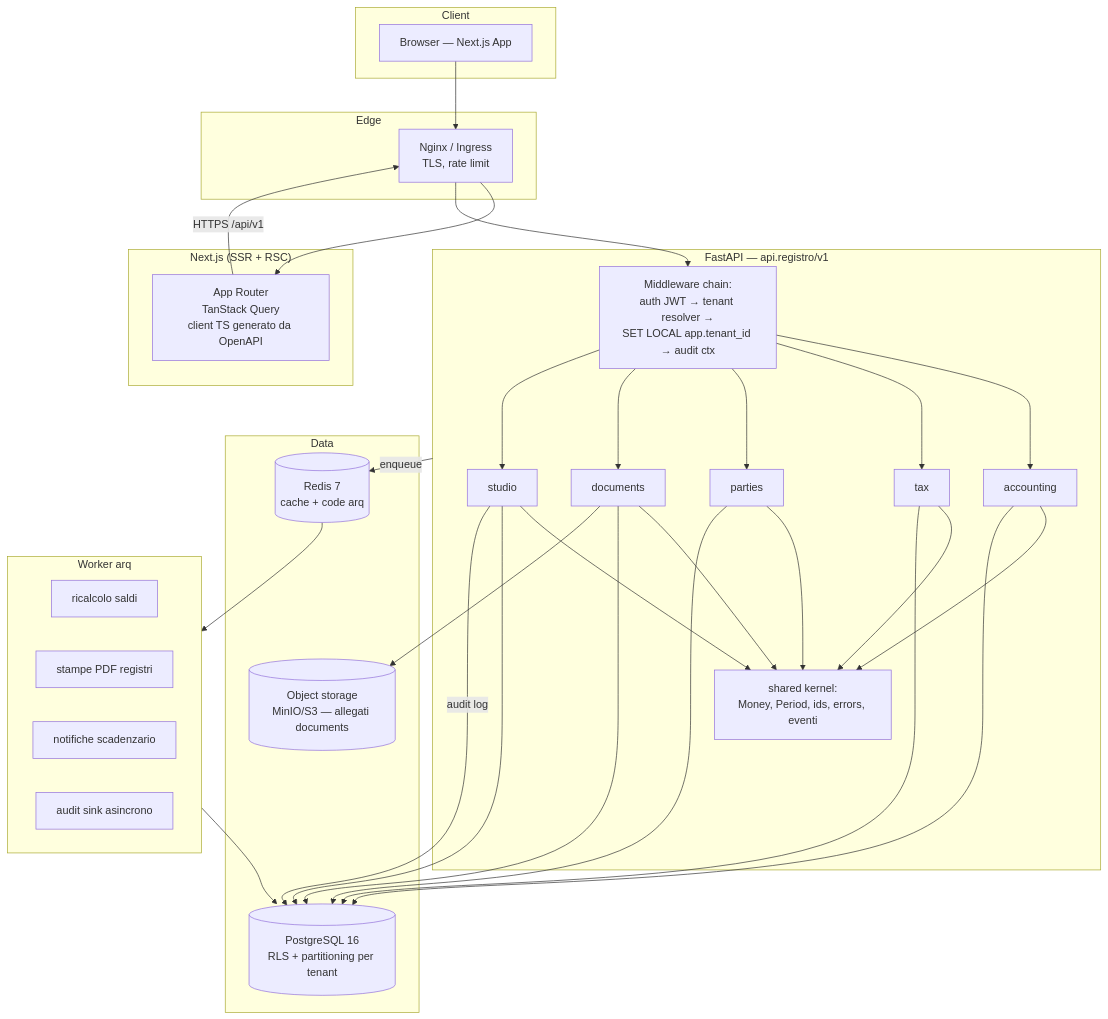
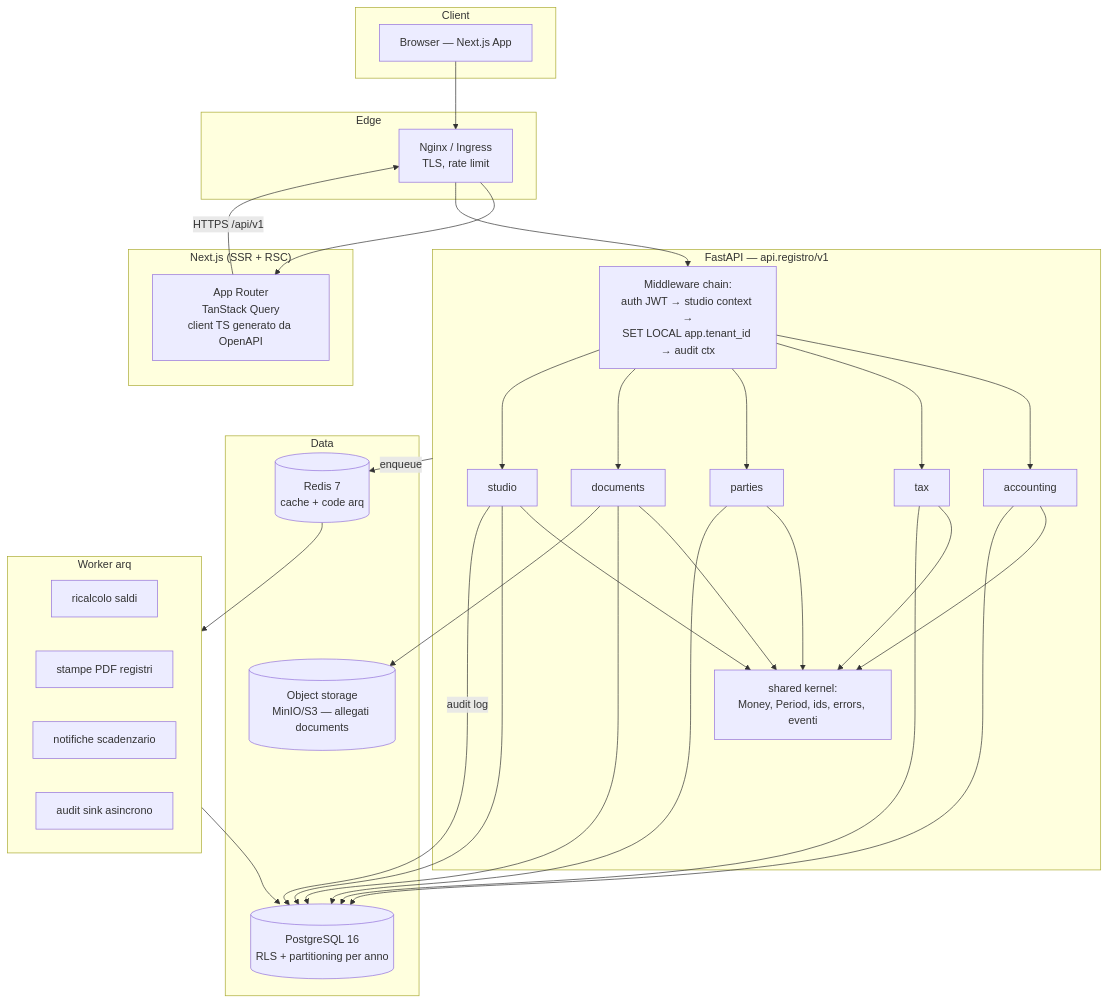
One commit to aledesogusbusiness-hue/OpenPassCom changed the diagram in docs/architecture.md. Above: the diagram before and after it, drawn with Mermaid. The commit also changed other lines of this file and 41 other files, not shown here.

First line of the commit message:
Phase 1: FastAPI foundations — auth JWT monostudio, ClientEntity, FiscalYear, AccountPlan, AuditLog

````diff
--- a/docs/architecture.md
+++ b/docs/architecture.md
@@ -50,48 +50,48 @@
 ```mermaid
 flowchart TB
     subgraph Client
         B[Browser — Next.js App]
     end
 
     subgraph Edge
         NG[Nginx / Ingress\nTLS, rate limit]
     end
 
     subgraph Frontend["Next.js (SSR + RSC)"]
         FE[App Router\nTanStack Query\nclient TS generato da OpenAPI]
     end
 
     subgraph API["FastAPI — api.registro/v1"]
-        MW[Middleware chain:\nauth JWT → tenant resolver →\nSET LOCAL app.tenant_id → audit ctx]
+        MW[Middleware chain:\nauth JWT → studio context →\nSET LOCAL app.tenant_id → audit ctx]
         ACC[accounting]
         TAX[tax]
         PAR[parties]
         DOC[documents]
         STU[studio]
         SHK[shared kernel:\nMoney, Period, ids, errors, eventi]
     end
 
     subgraph Async["Worker arq"]
         W1[ricalcolo saldi]
         W2[stampe PDF registri]
         W3[notifiche scadenzario]
         W4[audit sink asincrono]
     end
 
     subgraph Data
-        PG[(PostgreSQL 16\nRLS + partitioning per tenant)]
+        PG[(PostgreSQL 16\nRLS + partitioning per anno)]
         RD[(Redis 7\ncache + code arq)]
         S3[(Object storage\nMinIO/S3 — allegati documents)]
     end
 
     B --> NG --> FE
     FE -->|HTTPS /api/v1| NG --> MW
     MW --> ACC & TAX & PAR & DOC & STU
     ACC & TAX & PAR & DOC & STU --> SHK
     ACC & TAX & PAR & DOC & STU --> PG
     API -->|enqueue| RD
     RD --> Async
     Async --> PG
     DOC --> S3
     STU -->|audit log| PG
 ```
````
